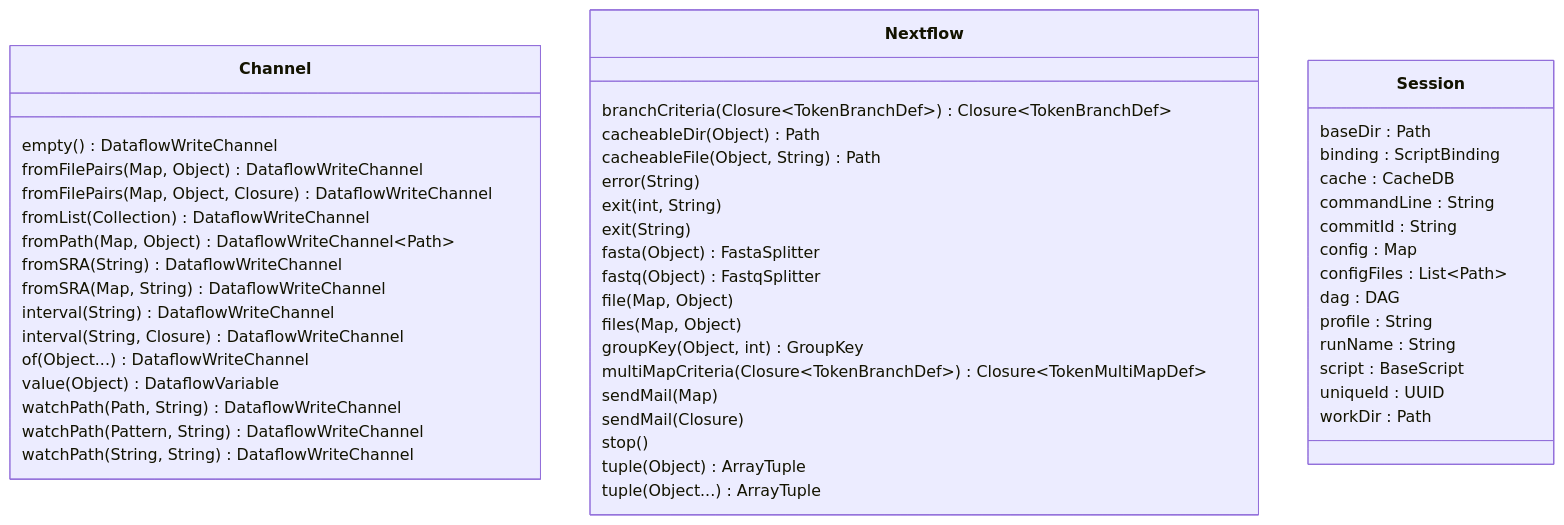
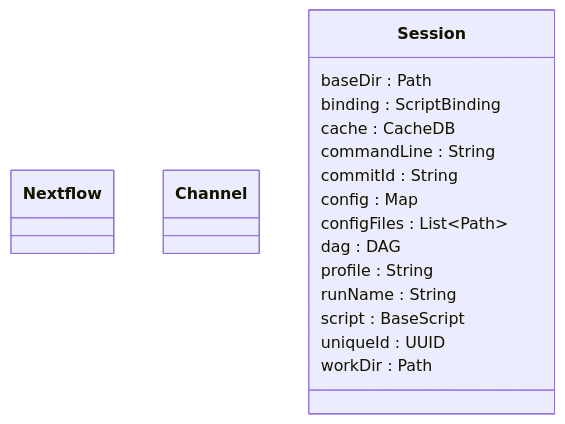
Before and after one commit to nextflow-io/nextflow: the diagram in docs/developer/diagrams/nextflow.mmd, drawn with Mermaid. The commit also changed 25 other files, not shown here.

```diff
--- a/docs/developer/diagrams/nextflow.mmd
+++ b/docs/developer/diagrams/nextflow.mmd
@@ -1,56 +1,21 @@
 classDiagram
     %%
     %% nextflow
     %%
-    class Channel {
-        empty() DataflowWriteChannel
-        fromFilePairs(Map, Object) DataflowWriteChannel
-        fromFilePairs(Map, Object, Closure) DataflowWriteChannel
-        fromList(Collection) DataflowWriteChannel
-        fromPath(Map, Object) DataflowWriteChannel~Path~
-        fromSRA(String) DataflowWriteChannel
-        fromSRA(Map, String) DataflowWriteChannel
-        interval(String) DataflowWriteChannel
-        interval(String, Closure) DataflowWriteChannel
-        of(Object...) DataflowWriteChannel
-        value(Object) DataflowVariable
-        watchPath(Path, String) DataflowWriteChannel
-        watchPath(Pattern, String) DataflowWriteChannel
-        watchPath(String, String) DataflowWriteChannel
-    }
-
-    class Nextflow {
-        branchCriteria(Closure~TokenBranchDef~) Closure~TokenBranchDef~
-        cacheableDir(Object) Path
-        cacheableFile(Object, String) Path
-        error(String)
-        exit(int, String)
-        exit(String)
-        fasta(Object) FastaSplitter
-        fastq(Object) FastqSplitter
-        file(Map, Object)
-        files(Map, Object)
-        groupKey(Object, int) GroupKey
-        multiMapCriteria(Closure~TokenBranchDef~) Closure~TokenMultiMapDef~
-        sendMail(Map)
-        sendMail(Closure)
-        stop()
-        tuple(Object) ArrayTuple
-        tuple(Object...) ArrayTuple
-    }
-
+    class Nextflow
+    class Channel
     class Session {
         baseDir : Path
         binding : ScriptBinding
         cache : CacheDB
         commandLine : String
         commitId : String
         config : Map
         configFiles : List~Path~
         dag : DAG
         profile : String
         runName : String
         script : BaseScript
         uniqueId : UUID
         workDir : Path
     }
```
